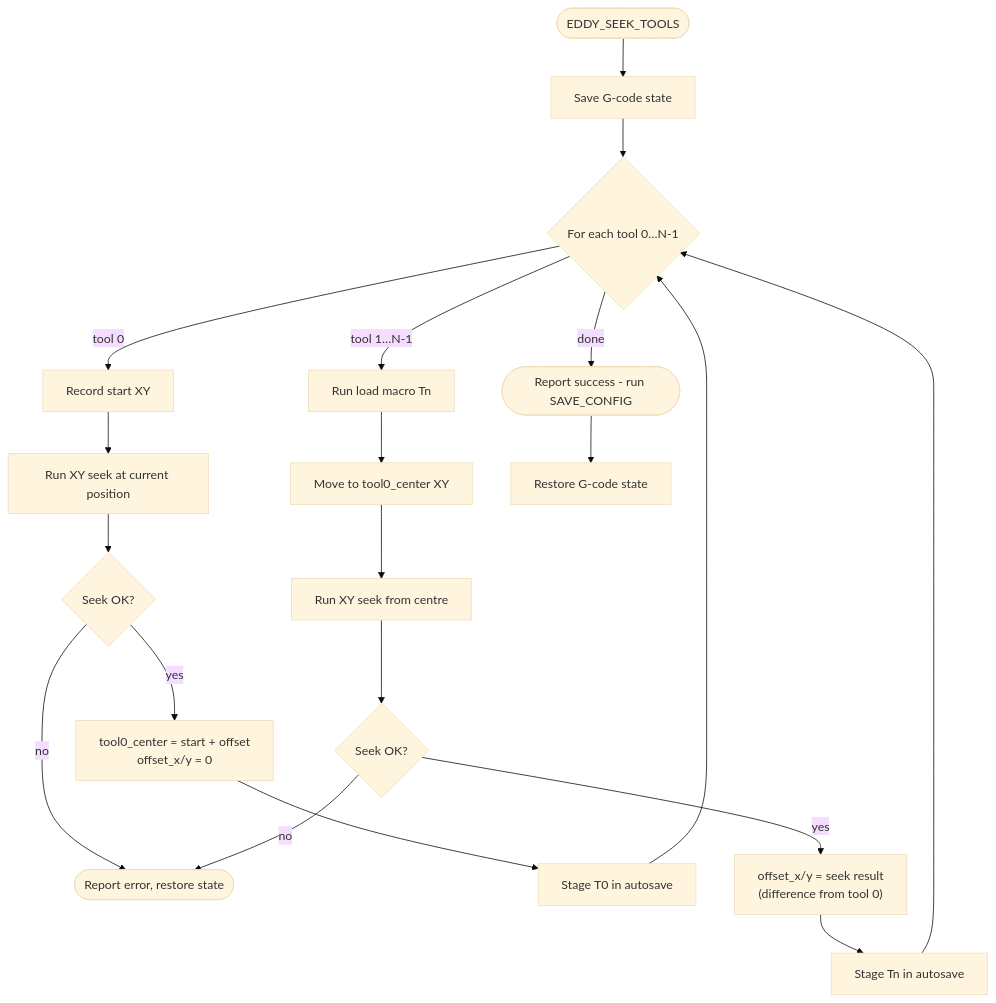
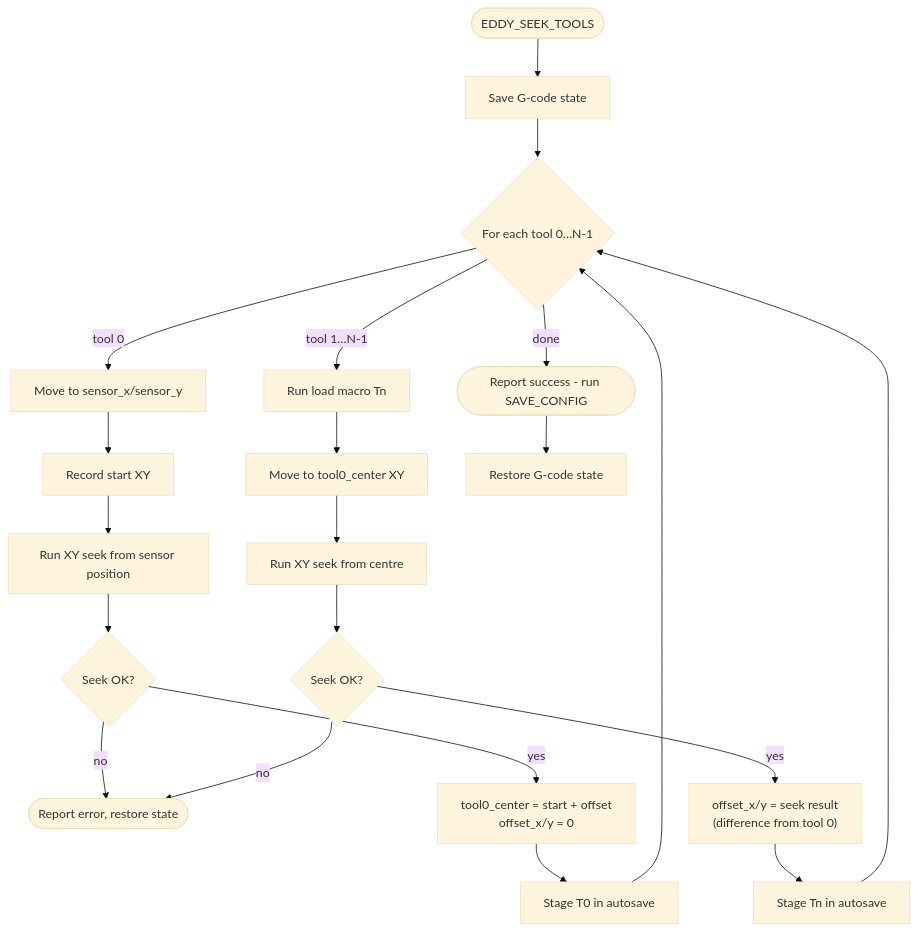
The second of 7 diagrams in docs/CALIBRATION_PROCESS.md (charliemayall/EddySeek), drawn with Mermaid (base theme) before and after one commit. The commit also changed 18 other files, not shown here.

Commit message:
EddySeek 0.1.0: sensor positioning and alignment refactor - Require sensor_x/sensor_y for tool-0 auto-positioning - Consolidate Position/Axis types; simplify SeekConfig and SeekSession - Runtime-settable save_session_trace via EDDY_SEEK_SET

````diff
--- a/docs/CALIBRATION_PROCESS.md
+++ b/docs/CALIBRATION_PROCESS.md
@@ -58,25 +58,26 @@
 ```mermaid
 flowchart TD
     START([EDDY_SEEK_TOOLS]) --> SAVE[Save G-code state]
     SAVE --> LOOP{For each tool 0…N-1}
 
-    LOOP -->|tool 0| T0_START[Record start XY]
-    T0_START --> T0_SEEK[Run XY seek at current position]
+    LOOP -->|tool 0| T0_MOVE[Move to sensor_x/sensor_y]
+    T0_MOVE --> T0_START[Record start XY]
+    T0_START --> T0_SEEK[Run XY seek from sensor position]
     T0_SEEK --> T0_OK{Seek OK?}
     T0_OK -->|no| FAIL([Report error, restore state])
     T0_OK -->|yes| T0_CENTER["tool0_center = start + offset<br/>offset_x/y = 0"]
     T0_CENTER --> STAGE0[Stage T0 in autosave]
 
     LOOP -->|tool 1…N-1| LOAD[Run load macro Tn]
     LOAD --> MOVE[Move to tool0_center XY]
     MOVE --> TN_SEEK[Run XY seek from centre]
     TN_SEEK --> TN_OK{Seek OK?}
     TN_OK -->|no| FAIL
     TN_OK -->|yes| TN_OFF["offset_x/y = seek result<br/>(difference from tool 0)"]
     TN_OFF --> STAGEN[Stage Tn in autosave]
 
     STAGE0 --> LOOP
     STAGEN --> LOOP
     LOOP -->|done| DONE([Report success - run SAVE_CONFIG])
     DONE --> RESTORE[Restore G-code state]
 ```
````
